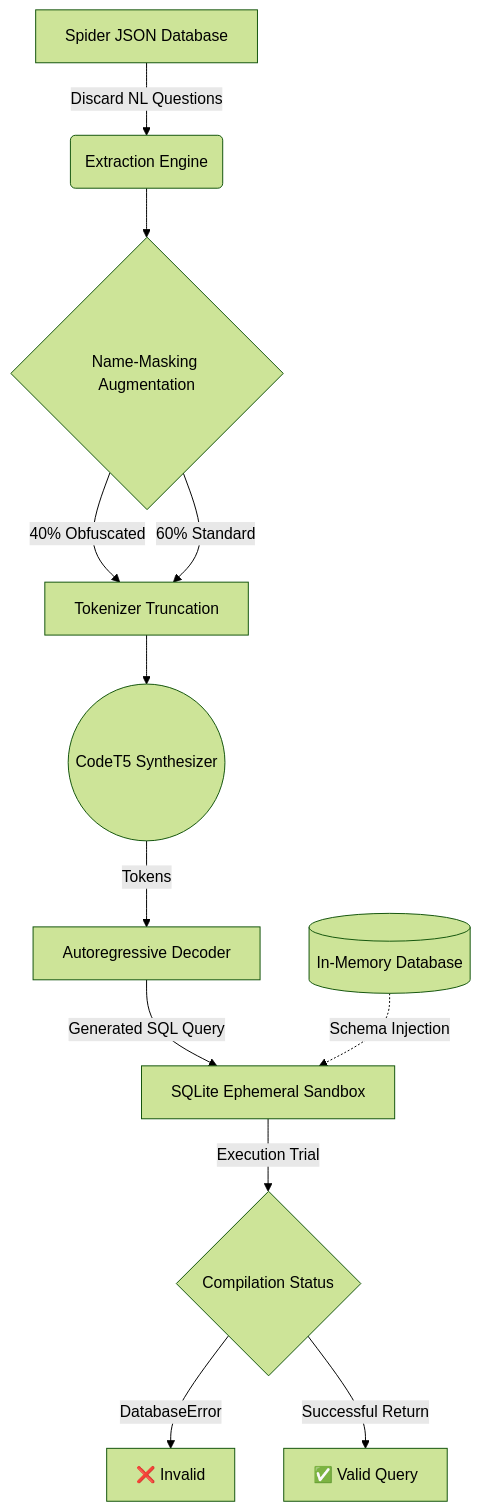
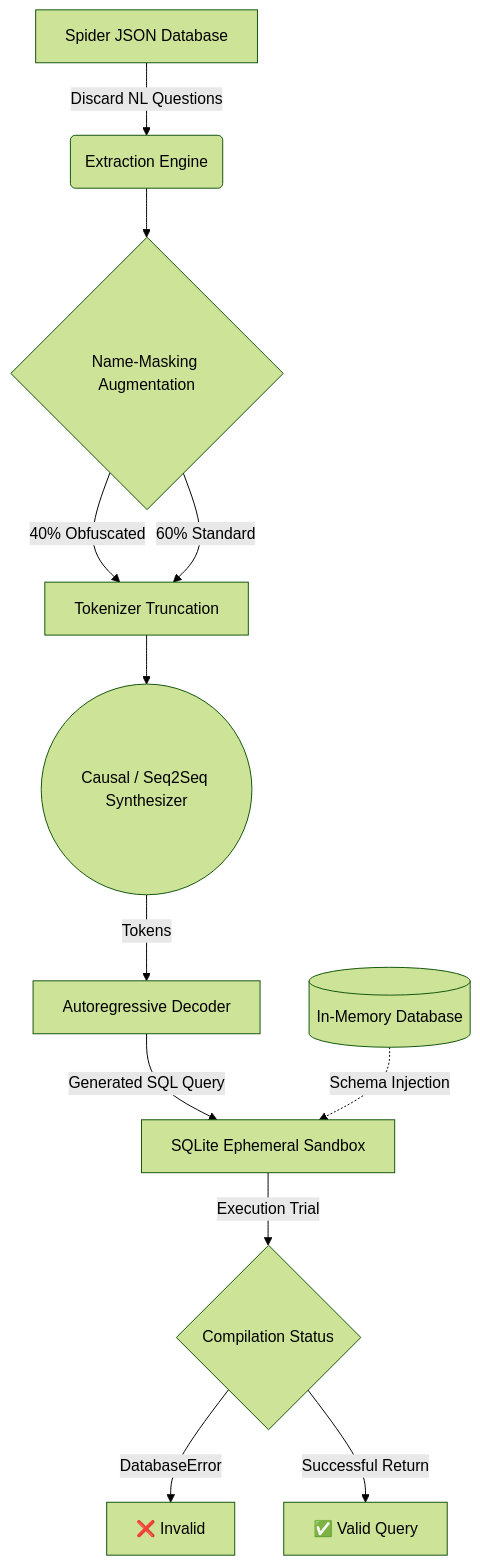
One commit to vodnalasanthosh47/nl2schema changed the first of 2 diagrams in model_2/README.md. Above: the diagram before and after it, drawn with Mermaid (forest theme). The commit also changed other lines of this file, not shown here.

````diff
--- a/model_2/README.md
+++ b/model_2/README.md
@@ -15,17 +15,17 @@
 ```mermaid
 graph TD
     A[Spider JSON Database] -->|Discard NL Questions| B(Extraction Engine)
     B --> C{Name-Masking Augmentation}
     C -->|40% Obfuscated| D[Tokenizer Truncation]
     C -->|60% Standard| D
-    D --> E((CodeT5 Synthesizer))
+    D --> E((Causal / Seq2Seq Synthesizer))
     
     E -->|Tokens| F[Autoregressive Decoder]
     F -->|Generated SQL Query| G[SQLite Ephemeral Sandbox]
     
     H[(In-Memory Database)] -. Schema Injection .-> G
     G -->|Execution Trial| I{Compilation Status}
     
     I -->|DatabaseError| J[❌ Invalid]
     I -->|Successful Return| K[✅ Valid Query]
 ```
````
